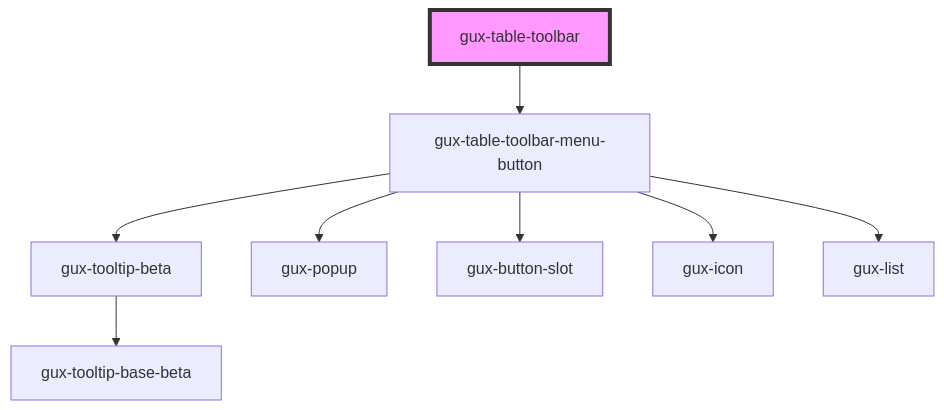
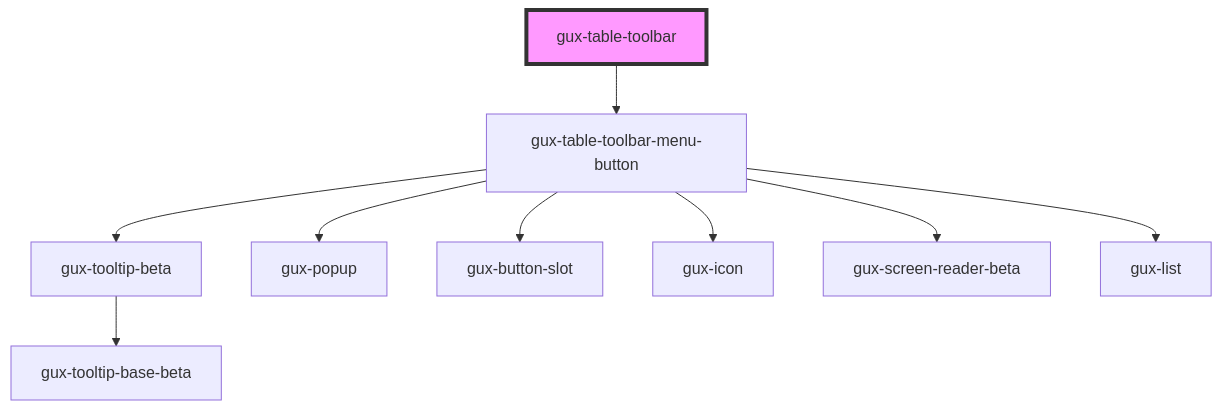
The diagram in packages/genesys-spark-components/src/components/stable/gux-table-toolbar/readme.md (MyPureCloud/genesys-spark), drawn with Mermaid before and after one commit. The commit also changed 15 other files, not shown here.

````diff
--- a/packages/genesys-spark-components/src/components/stable/gux-table-toolbar/readme.md
+++ b/packages/genesys-spark-components/src/components/stable/gux-table-toolbar/readme.md
@@ -26,11 +26,12 @@
 ```mermaid
 graph TD;
   gux-table-toolbar --> gux-table-toolbar-menu-button
   gux-table-toolbar-menu-button --> gux-tooltip-beta
   gux-table-toolbar-menu-button --> gux-popup
   gux-table-toolbar-menu-button --> gux-button-slot
   gux-table-toolbar-menu-button --> gux-icon
+  gux-table-toolbar-menu-button --> gux-screen-reader-beta
   gux-table-toolbar-menu-button --> gux-list
   gux-tooltip-beta --> gux-tooltip-base-beta
   style gux-table-toolbar fill:#f9f,stroke:#333,stroke-width:4px
 ```
````
